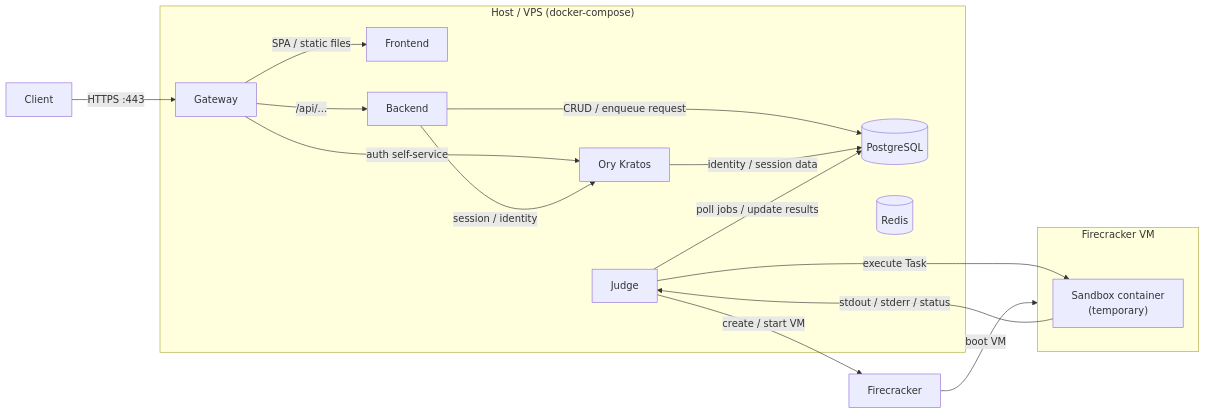
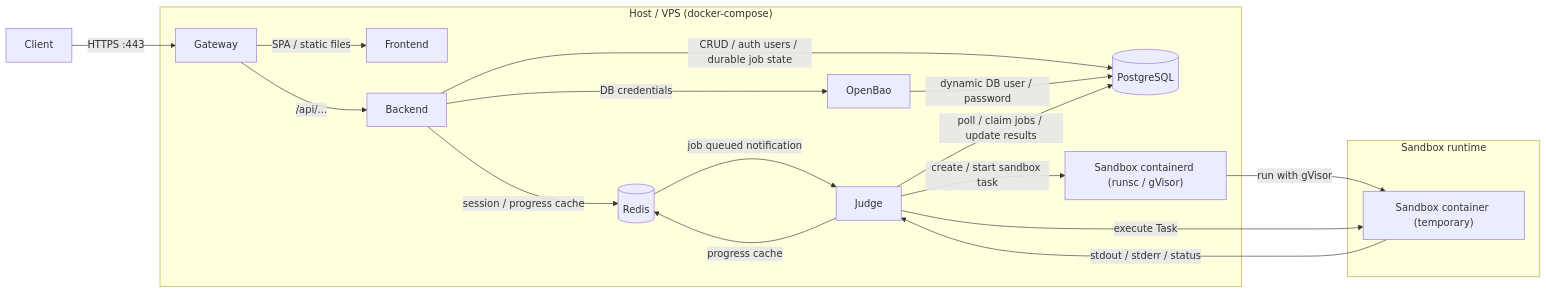
One commit to dsa-uts/dsa-project changed the diagram in docs/spec/README.md. Above: the diagram before and after it, drawn with Mermaid. The commit also changed other lines of this file and 1 other file, not shown here.

````diff
--- a/docs/spec/README.md
+++ b/docs/spec/README.md
@@ -82,35 +83,36 @@
 ```mermaid
 flowchart LR
   client[Client]
 
   subgraph host["Host / VPS (docker-compose)"]
     GW[Gateway]
     FE[Frontend]
     BE[Backend]
-    KR[Ory Kratos]
     DB[(PostgreSQL)]
     RD[(Redis)]
+    OB[OpenBao]
     JD[Judge]
+    SCD["Sandbox containerd (runsc / gVisor)"]
   end
 
-  subgraph vm["Firecracker VM"]
-    sandbox["Sandbox container<br/>(temporary)"]
+  subgraph sandbox_runtime["Sandbox runtime"]
+    sandbox["Sandbox container (temporary)"]
   end
-
-  FC[Firecracker]
 
   client -->|HTTPS :443| GW
   GW -->|SPA / static files| FE
   GW -->|/api/...| BE
-  GW -->|auth self-service| KR
 
-  BE -->|session / identity| KR
-  BE -->|CRUD / enqueue request| DB
-  KR -->|identity / session data| DB
+  BE -->|CRUD / auth users / durable job state| DB
+  BE -->|session / progress cache| RD
+  BE -->|DB credentials| OB
+  OB -->|dynamic DB user / password| DB
+  RD -->|job queued notification| JD
 
-  JD -->|poll jobs / update results| DB
-  JD -->|create / start VM| FC
-  FC -->|boot VM| vm
+  JD -->|poll / claim jobs / update results| DB
+  JD -->|progress cache| RD
+  JD -->|create / start sandbox task| SCD
+  SCD -->|run with gVisor| sandbox
   JD -->|execute Task| sandbox
   sandbox -->|stdout / stderr / status| JD
 ```
````
